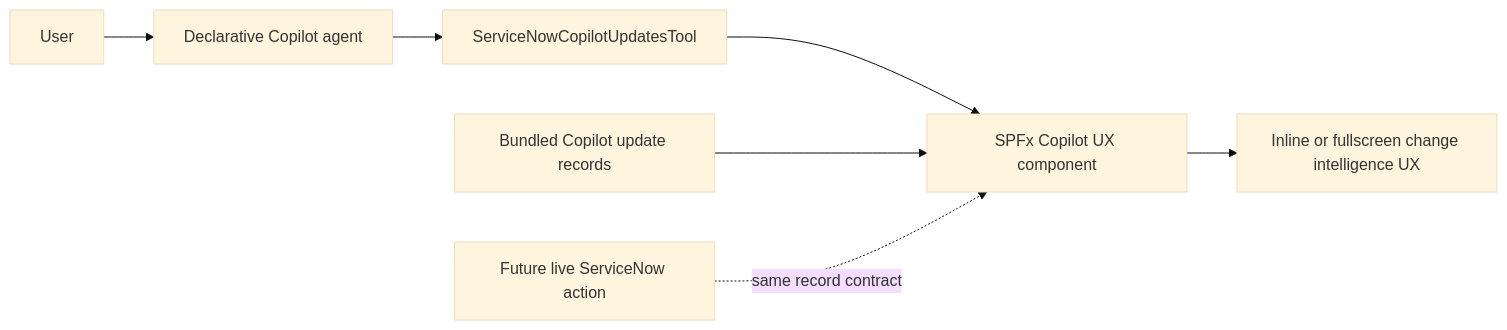
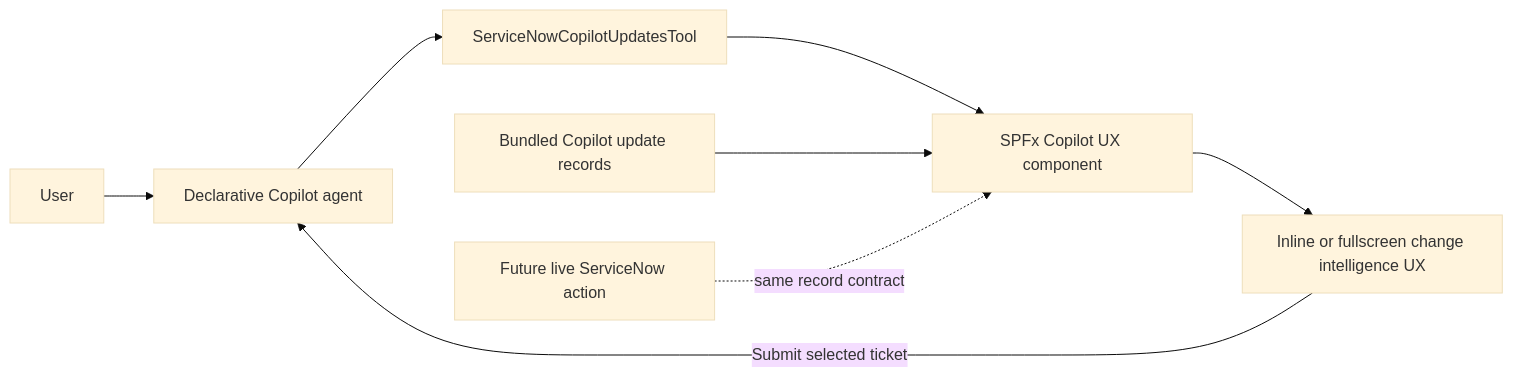
One commit to ukpkumar/Copilot-UX-ServiceNow-Connector-Sample-Agent changed the diagram in README.md. Above: the diagram before and after it, drawn with Mermaid (base theme). The commit also changed other lines of this file and 9 other files, not shown here.

Commit message:
Add selected-ticket Copilot follow-up

````diff
--- a/README.md
+++ b/README.md
@@ -37,9 +44,10 @@
 ```mermaid
 flowchart LR
     U[User] --> A[Declarative Copilot agent]
     A --> T[ServiceNowCopilotUpdatesTool]
     T --> C[SPFx Copilot UX component]
     S[Bundled Copilot update records] --> C
     L[Future live ServiceNow action] -. same record contract .-> C
     C --> X[Inline or fullscreen change intelligence UX]
+    X -->|Submit selected ticket| A
 ```
````
